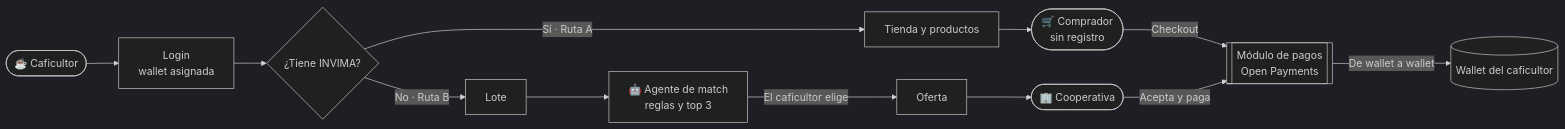
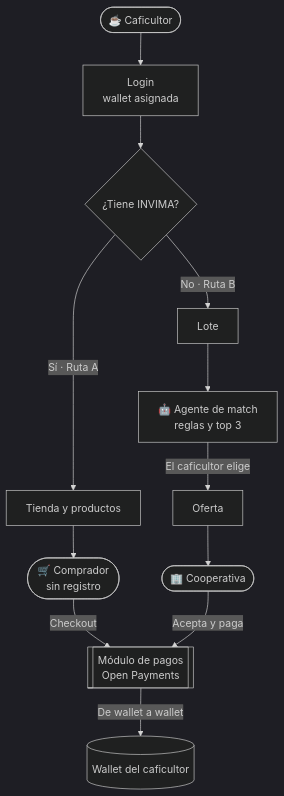
One commit to SalazarDukeImpactHub/terracierta-by-onyx changed the first of 2 diagrams in README.md. Above: the diagram before and after it, drawn with Mermaid (dark theme).

Commit message:
fix(readme): diagrama del flujo en vertical para que se vea en cualquier ancho

````diff
--- a/README.md
+++ b/README.md
@@ -111,14 +111,14 @@
 ```mermaid
-flowchart LR
+flowchart TB
   F([☕ Caficultor]) --> L[Login<br/>wallet asignada]
   L --> Q{¿Tiene INVIMA?}
   Q -->|Sí · Ruta A| T[Tienda y productos]
   T --> C([🛒 Comprador<br/>sin registro])
   C -->|Checkout| P[[Módulo de pagos<br/>Open Payments]]
   Q -->|No · Ruta B| LO[Lote]
   LO --> A[🤖 Agente de match<br/>reglas y top 3]
   A -->|El caficultor elige| O[Oferta]
   O --> K([🏢 Cooperativa])
   K -->|Acepta y paga| P
   P -->|De wallet a wallet| W[(Wallet del caficultor)]
 ```
````
